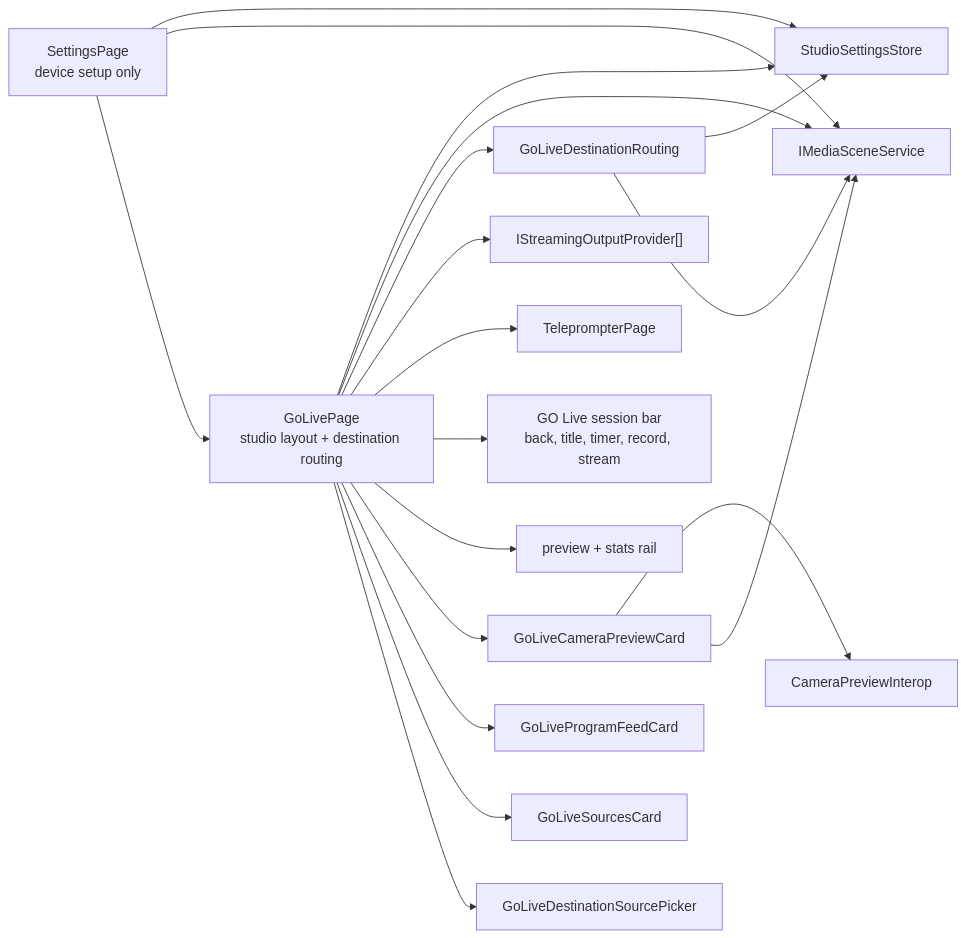
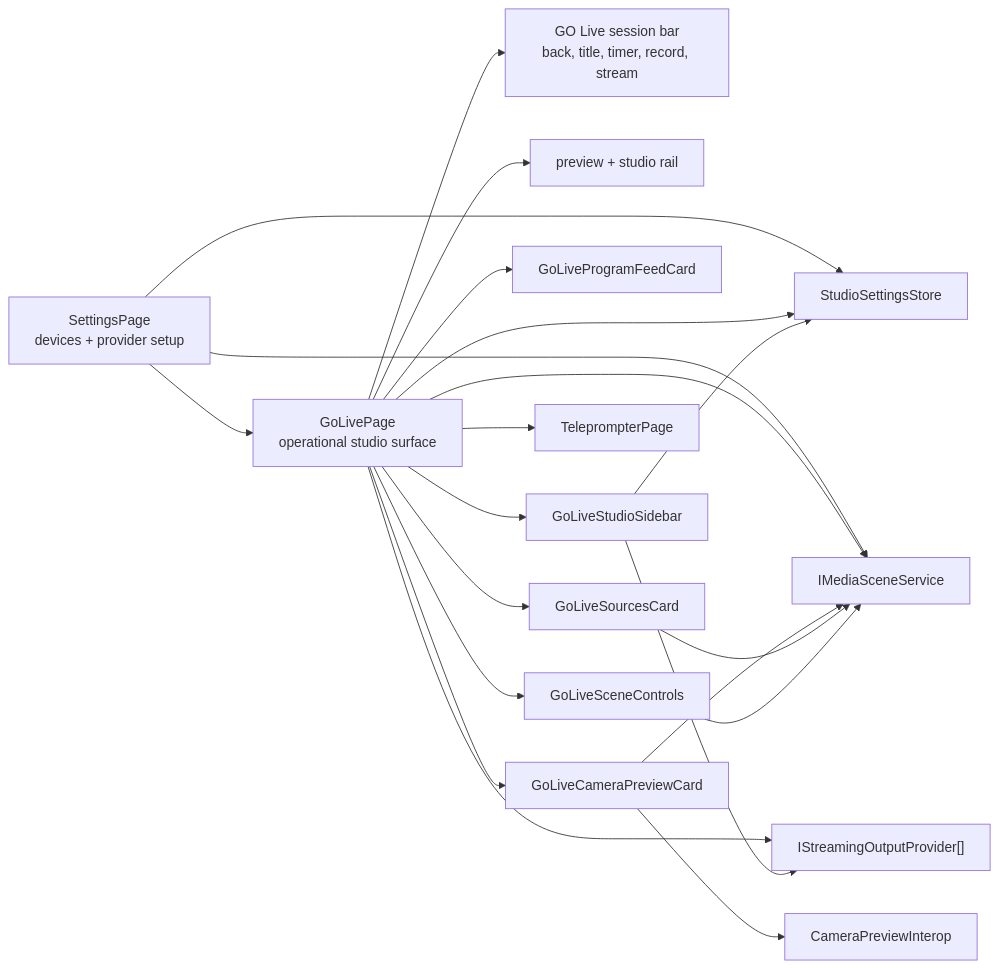
The tenth of 12 diagrams in docs/Architecture.md (managedcode/PrompterOne), drawn with Mermaid before and after one commit. The commit also changed other lines of this file and 24 other files, not shown here.

Commit message:
Implement real go-live studio runtime

````diff
--- a/docs/Architecture.md
+++ b/docs/Architecture.md
@@ -392,36 +392,38 @@
 ```mermaid
 flowchart LR
-    Settings["SettingsPage<br/>device setup only"]
-    GoLive["GoLivePage<br/>studio layout + destination routing"]
+    Settings["SettingsPage<br/>devices + provider setup"]
+    GoLive["GoLivePage<br/>operational studio surface"]
     SessionBar["GO Live session bar<br/>back, title, timer, record, stream"]
-    PreviewRail["preview + stats rail"]
+    PreviewRail["preview + studio rail"]
     Preview["GoLiveCameraPreviewCard"]
     Program["GoLiveProgramFeedCard"]
     Sources["GoLiveSourcesCard"]
-    TargetSources["GoLiveDestinationSourcePicker"]
+    SceneControls["GoLiveSceneControls"]
+    Sidebar["GoLiveStudioSidebar"]
     Studio["StudioSettingsStore"]
-    Routing["GoLiveDestinationRouting"]
     Scene["IMediaSceneService"]
     CameraInterop["CameraPreviewInterop"]
     Providers["IStreamingOutputProvider[]"]
     Reader["TeleprompterPage"]
 
     Settings --> Studio
     Settings --> Scene
     Settings --> GoLive
     GoLive --> Studio
     GoLive --> Scene
-    GoLive --> Routing
     GoLive --> Providers
     GoLive --> Reader
     GoLive --> SessionBar
     GoLive --> PreviewRail
     GoLive --> Preview
     GoLive --> Program
     GoLive --> Sources
-    GoLive --> TargetSources
+    GoLive --> SceneControls
+    GoLive --> Sidebar
     Preview --> CameraInterop
     Preview --> Scene
-    Routing --> Studio
-    Routing --> Scene
+    Sidebar --> Studio
+    Sidebar --> Providers
+    Sources --> Scene
+    SceneControls --> Scene
 ```
````
